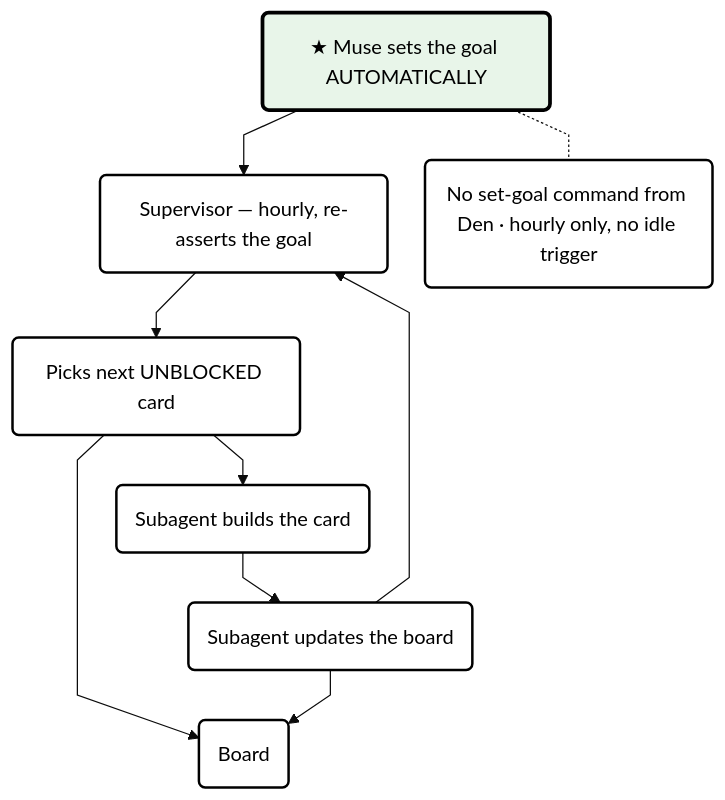
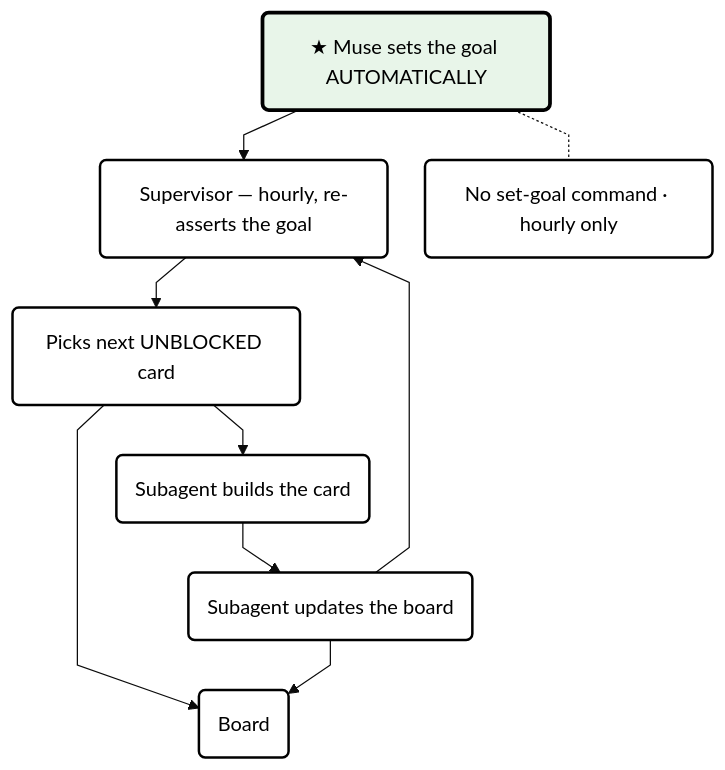
One commit to dzianisv/goal changed the diagram in diagrams/muse-goal-mechanism.mmd. Above: the diagram before and after it, drawn with Mermaid. The commit also changed 1 other file, not shown here.

Commit message:
Mermaid: shorten labels to cut wrapping (detail lives in the .md files)

```diff
--- a/diagrams/muse-goal-mechanism.mmd
+++ b/diagrams/muse-goal-mechanism.mmd
@@ -1,35 +1,35 @@
 %%{init: {"theme": "base", "flowchart": {"nodeSpacing": 30, "rankSpacing": 40, "curve": "linear", "diagramPadding": 10}}}%%
 %% How the goal works in Muse — compact, GitHub-readable.
 %% Styled to match the PNG: plain white boxes, black borders,
 %% green highlight on the auto-inferred goal. The PNG is the
 %% full-detail version (same structure, longer notes).
 %% Muse sets the goal AUTOMATICALLY: it infers the goal from the
 %% project/conversation and declares it itself (docs/goals.md, system
 %% prompt, goal-mechanism-spec.md lines 9/50). No set-goal command
 %% from Den. From the design description + Muse's goal docs —
 %% NOT from Muse internals. Do not read more into it.
 %% Detail lives in muse-goal-mechanism.md.
 %% NOTE: Mermaid decides node positions itself (dagre layout).
 %% This file controls boxes, labels, edges, colours, and spacing —
 %% not exact coordinates. The PNG keeps the exact sketch geometry.
 
 flowchart TD
     classDef plain fill:#fff,stroke:#000,stroke-width:2px,color:#000
     classDef hl fill:#e8f5e9,stroke:#000,stroke-width:3px,color:#000
 
     AUTO("★ Muse sets the goal AUTOMATICALLY"):::hl
     SUP("Supervisor — hourly, re-asserts the goal"):::plain
     PICK("Picks next UNBLOCKED card"):::plain
     BUILD("Subagent builds the card"):::plain
     UPD("Subagent updates the board"):::plain
     BOARD("Board"):::plain
-    NOTE("No set-goal command from Den · hourly only, no idle trigger"):::plain
+    NOTE("No set-goal command · hourly only"):::plain
 
     AUTO --> SUP
     SUP --> PICK
     PICK --> BUILD
     BUILD --> UPD
     UPD --> SUP
     PICK --> BOARD
     UPD --> BOARD
     AUTO -.- NOTE
```
